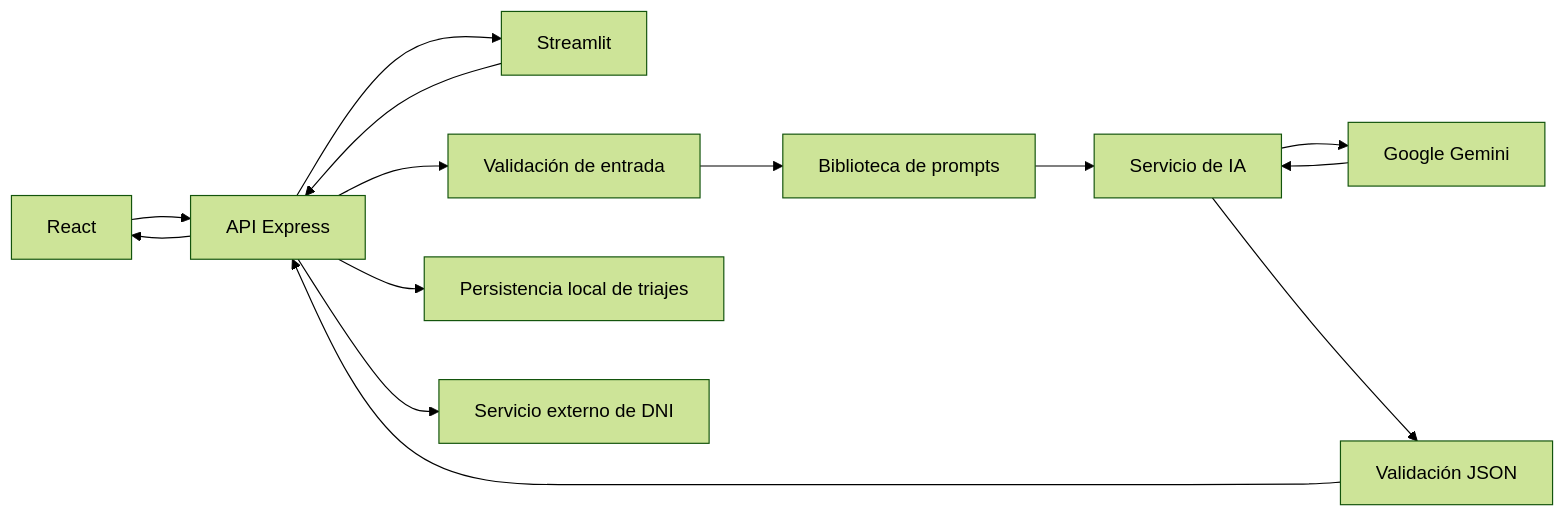
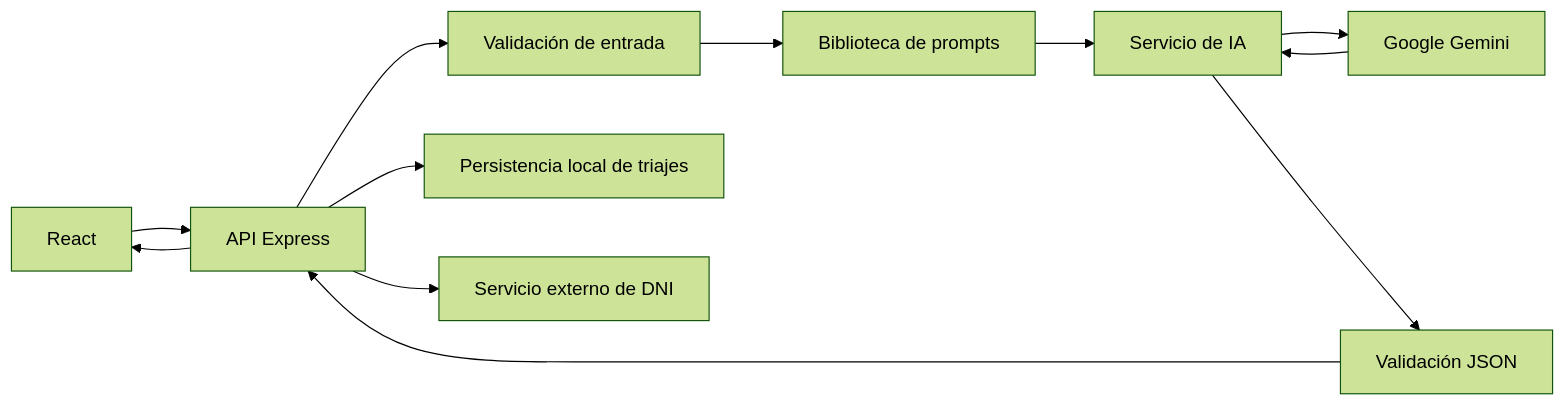
Before and after one commit to MSanchezVasquez/medisync-clinica-digital: the diagram in docs/AVANCE_2_IA.md, drawn with Mermaid (forest theme). The commit also changed other lines of this file and 17 other files, not shown here.

````diff
--- a/docs/AVANCE_2_IA.md
+++ b/docs/AVANCE_2_IA.md
@@ -31,16 +31,14 @@
 ```mermaid
 flowchart LR
     R[React] --> API[API Express]
-    S[Streamlit] --> API
     API --> V[Validación de entrada]
     V --> P[Biblioteca de prompts]
     P --> A[Servicio de IA]
     A --> G[Google Gemini]
     G --> A
     A --> J[Validación JSON]
     J --> API
     API --> R
-    API --> S
     API --> D[Persistencia local de triajes]
     API --> E[Servicio externo de DNI]
 ```
````
